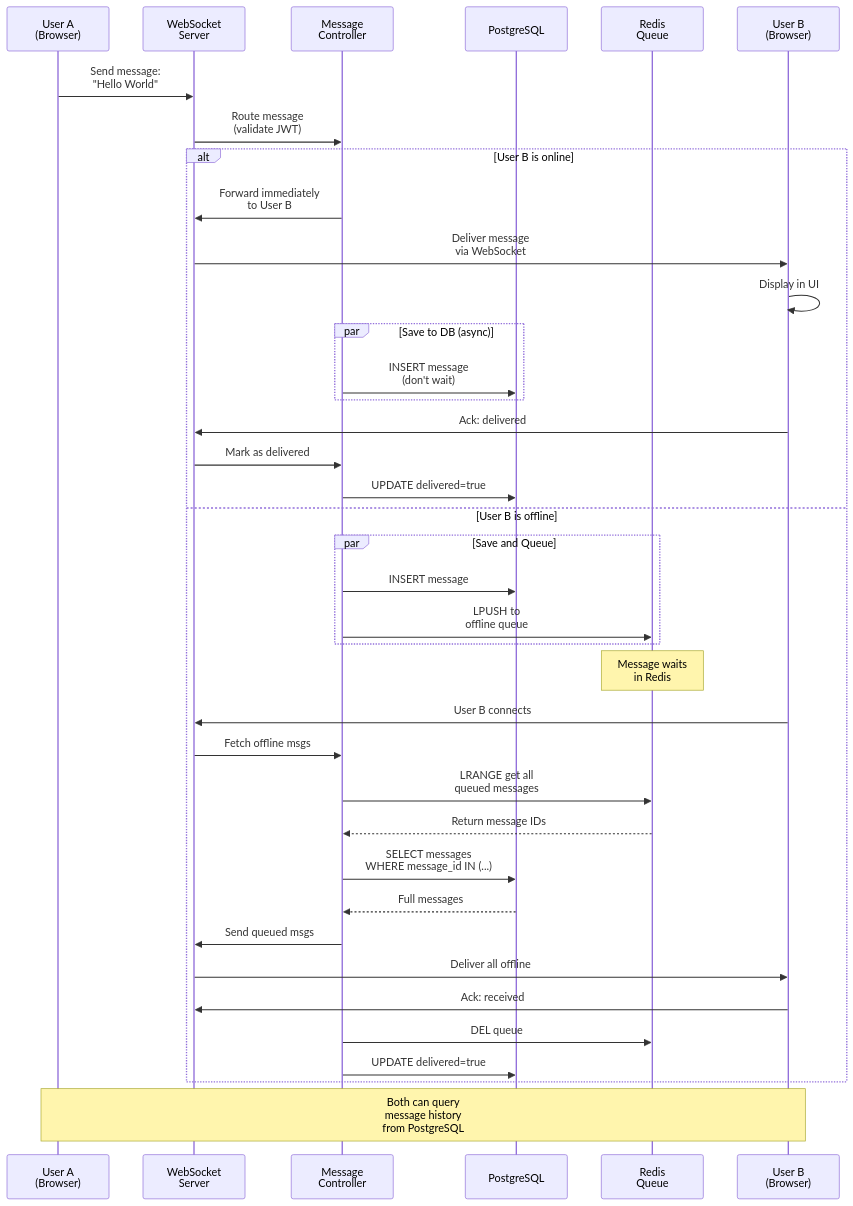
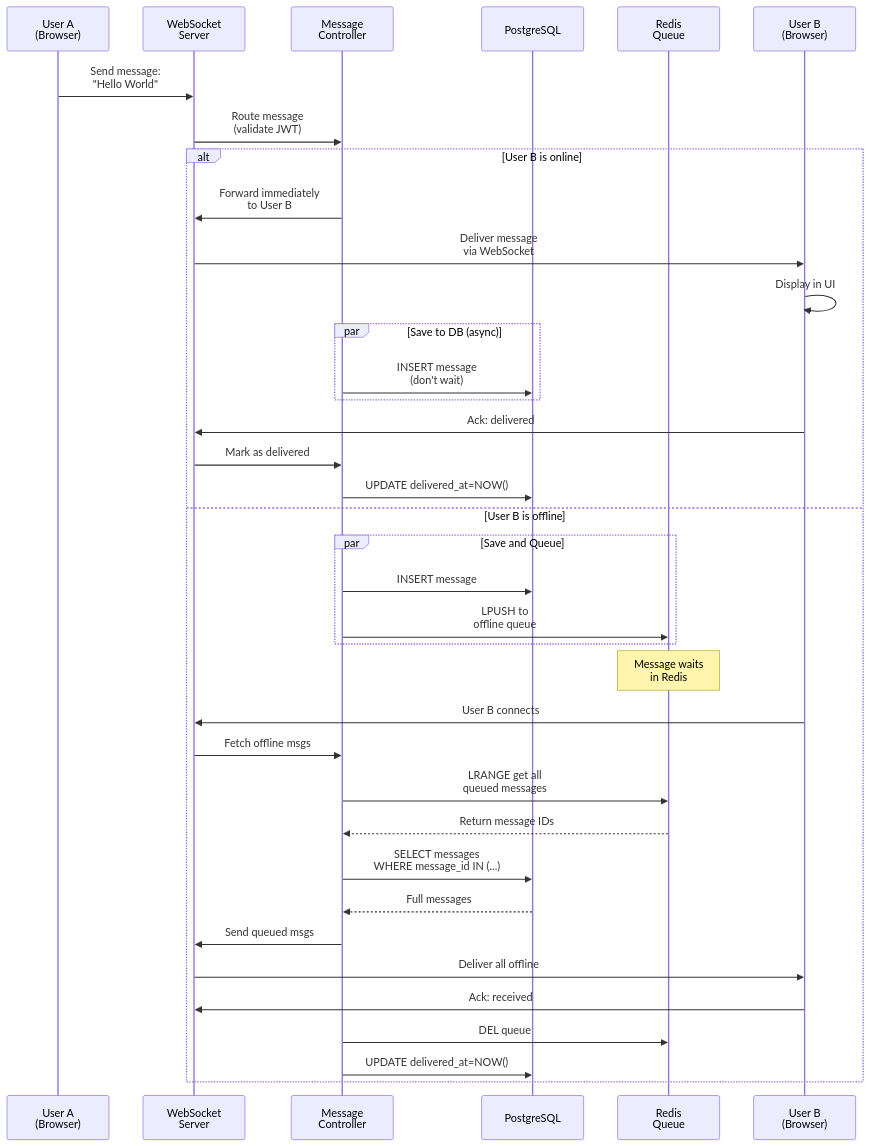
The second of 6 diagrams in fastapi-chat-server-punch-TSD.md (Merrick1307/chat-server), drawn with Mermaid before and after one commit. The commit also changed other lines of this file and 7 other files, not shown here.

````diff
--- a/fastapi-chat-server-punch-TSD.md
+++ b/fastapi-chat-server-punch-TSD.md
@@ -87,48 +87,46 @@
 ```mermaid
 sequenceDiagram
     participant U1 as User A<br/>(Browser)
     participant WS as WebSocket<br/>Server
     participant MC as Message<br/>Controller
     participant PG as PostgreSQL
     participant RD as Redis<br/>Queue
     participant U2 as User B<br/>(Browser)
     
     U1->>WS: Send message:<br/>"Hello World"
     WS->>MC: Route message<br/>(validate JWT)
     
     alt User B is online
         MC->>WS: Forward immediately<br/>to User B
         WS->>U2: Deliver message<br/>via WebSocket
         U2->>U2: Display in UI
         
         par Save to DB (async)
             MC->>PG: INSERT message<br/>(don't wait)
         end
         
         U2->>WS: Ack: delivered
         WS->>MC: Mark as delivered
-        MC->>PG: UPDATE delivered=true
+        MC->>PG: UPDATE delivered_at=NOW()
         
     else User B is offline
         par Save and Queue
             MC->>PG: INSERT message
             MC->>RD: LPUSH to<br/>offline queue
         end
         
         Note over RD: Message waits<br/>in Redis
         
         U2->>WS: User B connects
         WS->>MC: Fetch offline msgs
         MC->>RD: LRANGE get all<br/>queued messages
         RD-->>MC: Return message IDs
         MC->>PG: SELECT messages<br/>WHERE message_id IN (...)
         PG-->>MC: Full messages
         MC->>WS: Send queued msgs
         WS->>U2: Deliver all offline
         U2->>WS: Ack: received
         MC->>RD: DEL queue
-        MC->>PG: UPDATE delivered=true
+        MC->>PG: UPDATE delivered_at=NOW()
     end
-    
-    Note over U1,U2: Both can query<br/>message history<br/>from PostgreSQL
 ```
````
